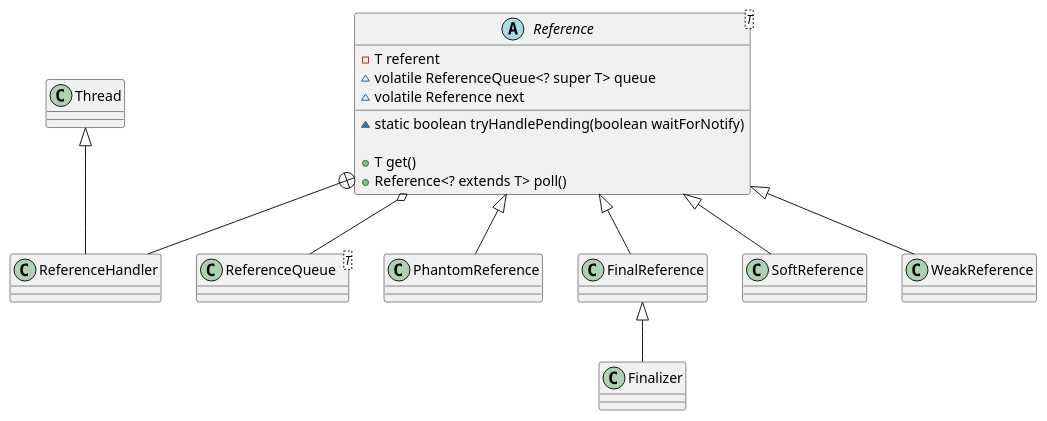
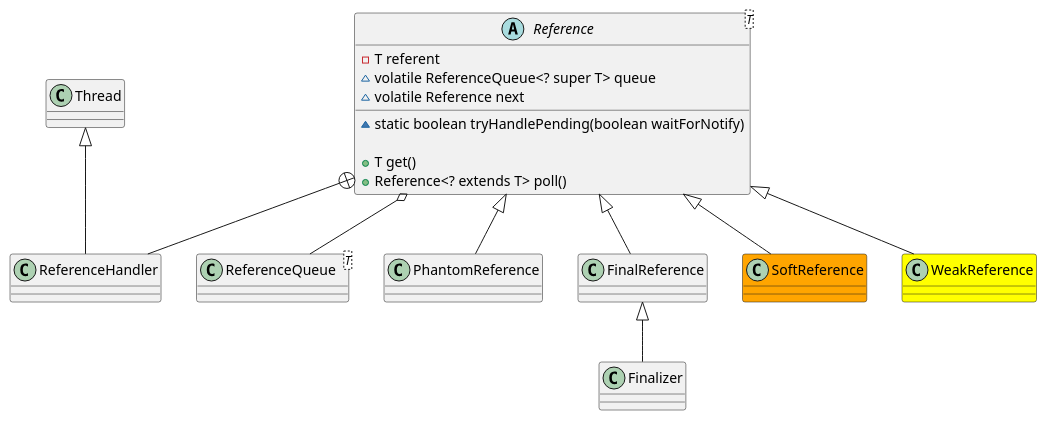
One commit to onlyonion/development changed the diagram in docs/10-java/src/rt.jar.src/java/lang/ref/Reference.md. Above: the diagram before and after it, drawn with PlantUML. The commit also changed 46 other files, not shown here.

````diff
--- a/docs/10-java/src/rt.jar.src/java/lang/ref/Reference.md
+++ b/docs/10-java/src/rt.jar.src/java/lang/ref/Reference.md
@@ -18,36 +18,36 @@
 ```plantuml
 @startuml
 
 abstract class Reference<T> {
     - T referent
     ~ volatile ReferenceQueue<? super T> queue
     ~ volatile Reference next
     ~ static boolean tryHandlePending(boolean waitForNotify)
     
     + T get()
     + Reference<? extends T> poll()
 }
 
 class ReferenceQueue<T> {
 
 }
 
 Reference o-- ReferenceQueue
 Reference +-- ReferenceHandler
 Thread ^-- ReferenceHandler
 
 
 class PhantomReference
 class FinalReference
 class Finalizer
-class SoftReference
-class WeakReference
+class SoftReference #orange
+class WeakReference #yellow
 
 Reference <|-- PhantomReference
 Reference <|-- FinalReference
 FinalReference <|-- Finalizer
 Reference <|-- SoftReference
 Reference <|-- WeakReference
 
 @enduml
 ```
````
